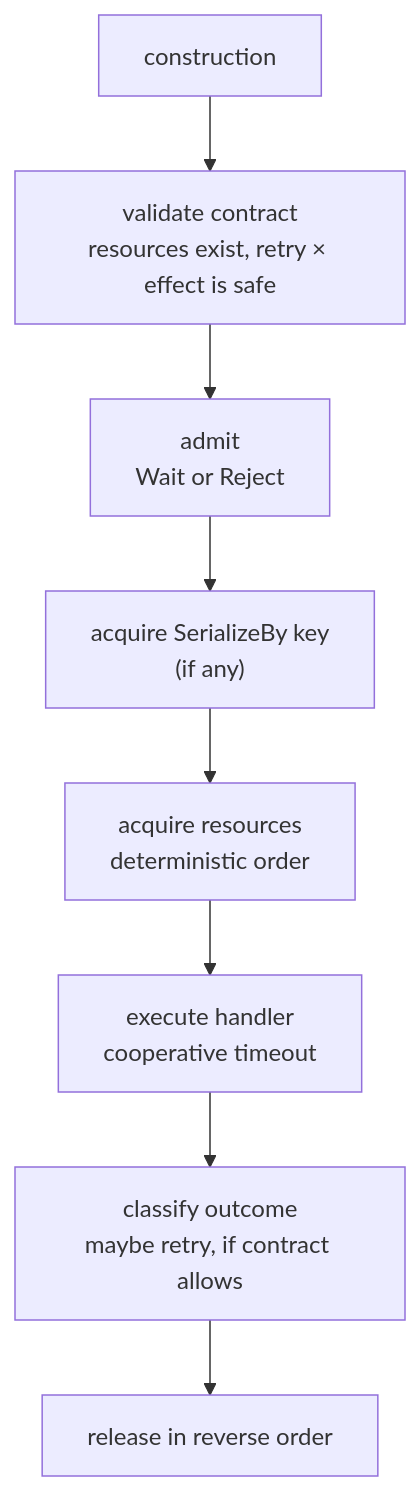
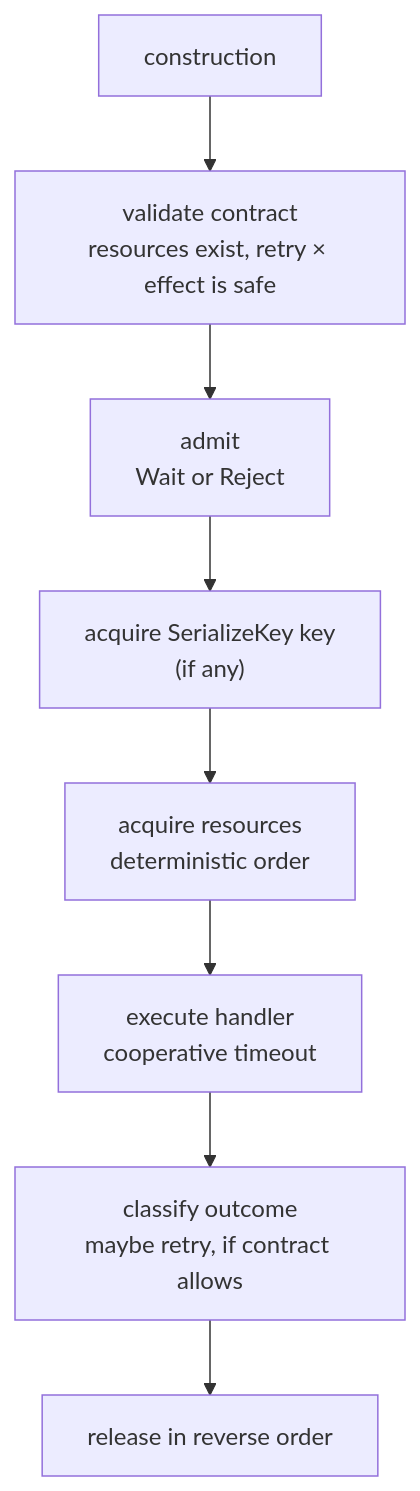
The diagram in docs/execution-model.md (arahe-dev/HertaSDK), drawn with Mermaid before and after one commit. The commit also changed other lines of this file and 15 other files, not shown here.

````diff
--- a/docs/execution-model.md
+++ b/docs/execution-model.md
@@ -7,10 +7,10 @@
 ```mermaid
 flowchart TD
     C["construction"] --> V["validate contract<br/>resources exist, retry × effect is safe"]
     V --> A["admit<br/>Wait or Reject"]
-    A --> K["acquire SerializeBy key<br/>(if any)"]
+    A --> K["acquire SerializeKey key<br/>(if any)"]
     K --> R["acquire resources<br/>deterministic order"]
     R --> E["execute handler<br/>cooperative timeout"]
     E --> O["classify outcome<br/>maybe retry, if contract allows"]
     O --> Rel["release in reverse order"]
 ```
````
